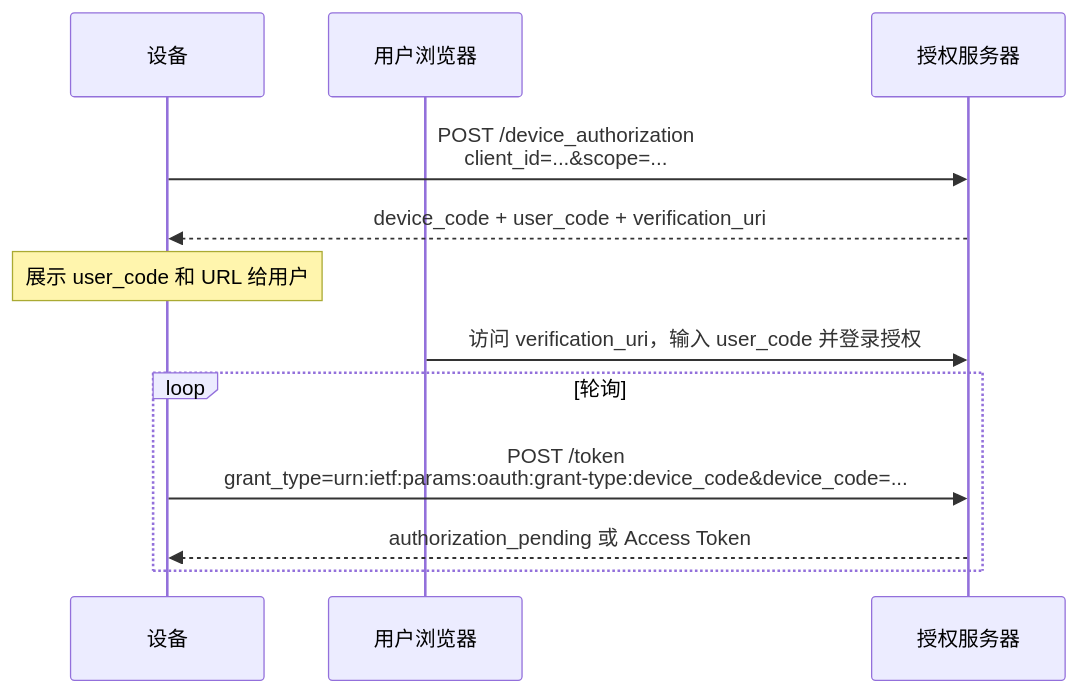
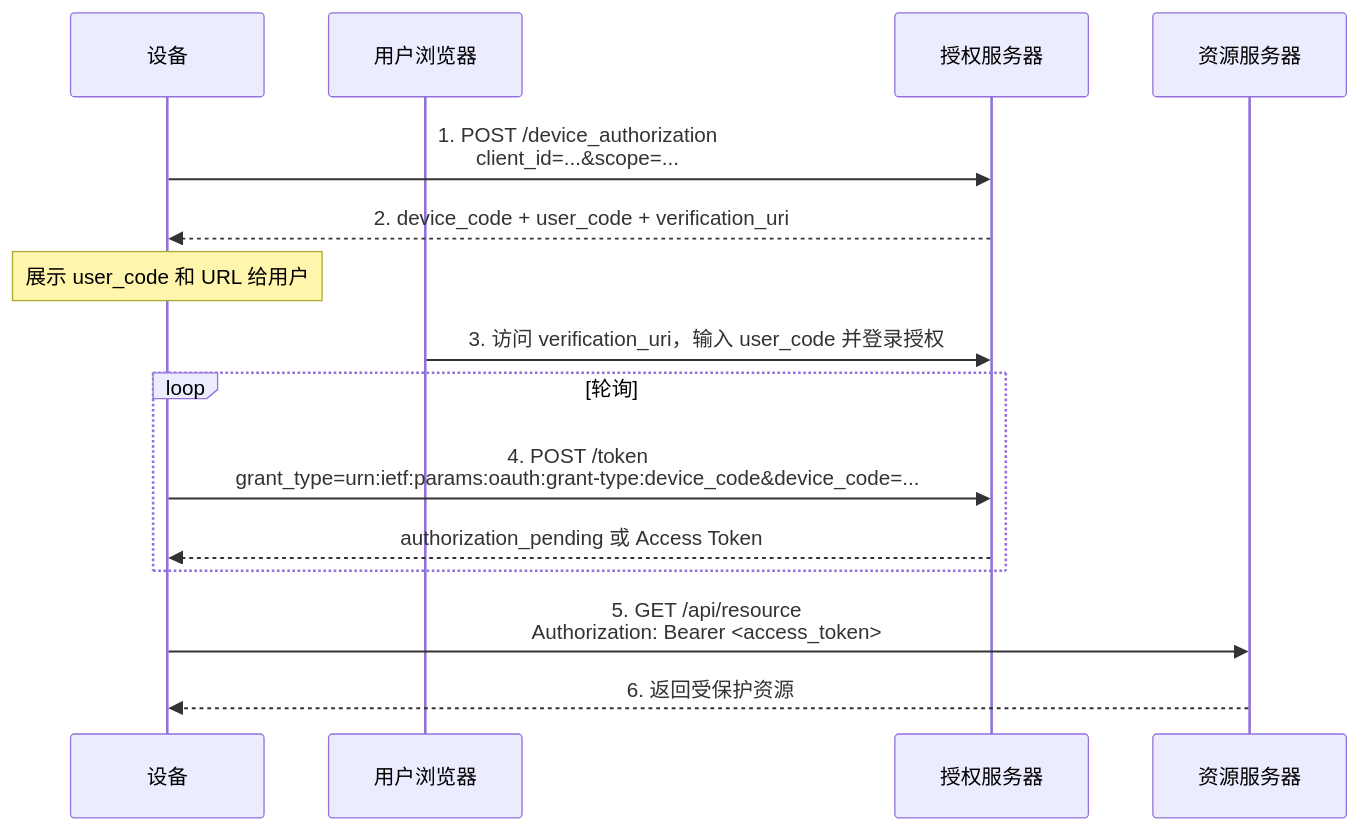
The sixth of 6 diagrams in docs/topic/oauth/grant-types/index.md (luguosong/programming-notes), drawn with Mermaid before and after one commit. The commit also changed other lines of this file, not shown here.

First line of the commit message:
docs(oauth): 为所有授权类型时序图补充资源服务器参与者

````diff
--- a/docs/topic/oauth/grant-types/index.md
+++ b/docs/topic/oauth/grant-types/index.md
@@ -126,15 +139,18 @@
 ``` mermaid
 sequenceDiagram
     participant 设备
     participant 用户浏览器
     participant 授权服务器
+    participant 资源服务器
 
-    设备->>授权服务器: POST /device_authorization<br/>client_id=...&scope=...
-    授权服务器-->>设备: device_code + user_code + verification_uri
+    设备->>授权服务器: 1. POST /device_authorization<br/>client_id=...&scope=...
+    授权服务器-->>设备: 2. device_code + user_code + verification_uri
     Note over 设备: 展示 user_code 和 URL 给用户
-    用户浏览器->>授权服务器: 访问 verification_uri，输入 user_code 并登录授权
+    用户浏览器->>授权服务器: 3. 访问 verification_uri，输入 user_code 并登录授权
     loop 轮询
-        设备->>授权服务器: POST /token<br/>grant_type=urn:ietf:params:oauth:grant-type:device_code&device_code=...
+        设备->>授权服务器: 4. POST /token<br/>grant_type=urn:ietf:params:oauth:grant-type:device_code&device_code=...
         授权服务器-->>设备: authorization_pending 或 Access Token
     end
+    设备->>资源服务器: 5. GET /api/resource<br/>Authorization: Bearer <access_token>
+    资源服务器-->>设备: 6. 返回受保护资源
 ```
````
